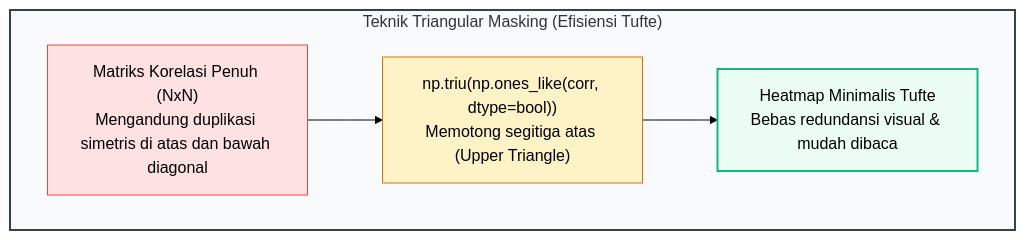
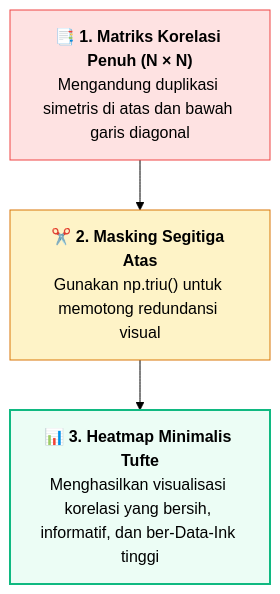
Before and after one commit to mahendaruui/Perkuliahan: the first of 2 diagrams in docs/visualisasi-data/07-visualisasi-relasi-multivariat.md, drawn with Mermaid (forest theme). The commit also changed other lines of this file and 15 other files, not shown here.

Commit message:
refactor: update and standardize mermaid diagrams across all documentation modules

````diff
--- a/docs/visualisasi-data/07-visualisasi-relasi-multivariat.md
+++ b/docs/visualisasi-data/07-visualisasi-relasi-multivariat.md
@@ -25,14 +32,10 @@
 ```mermaid
 flowchart TD
-    subgraph Masking["Teknik Triangular Masking (Efisiensi Tufte)"]
-        M1["Matriks Korelasi Penuh (NxN)<br>Mengandung duplikasi simetris di atas dan bawah diagonal"]
-        M2["np.triu(np.ones_like(corr, dtype=bool))<br>Memotong segitiga atas (Upper Triangle)"]
-        M3["Heatmap Minimalis Tufte<br>Bebas redundansi visual & mudah dibaca"]
-        M1 --> M2 --> M3
-    end
+    M1["📑 <b>1. Matriks Korelasi Penuh (N × N)</b><br>Mengandung duplikasi simetris di atas dan bawah garis diagonal"]
+    --> M2["✂️ <b>2. Masking Segitiga Atas</b><br>Gunakan np.triu() untuk memotong redundansi visual"]
+    --> M3["📊 <b>3. Heatmap Minimalis Tufte</b><br>Menghasilkan visualisasi korelasi yang bersih, informatif, dan ber-Data-Ink tinggi"]
 
-    style Masking fill:#f8fafc,stroke:#334155,stroke-width:2px
     style M1 fill:#fee2e2,stroke:#ef4444,stroke-width:1px
     style M2 fill:#fef3c7,stroke:#d97706,stroke-width:1px
     style M3 fill:#ecfdf5,stroke:#10b981,stroke-width:2px
 ```
````
